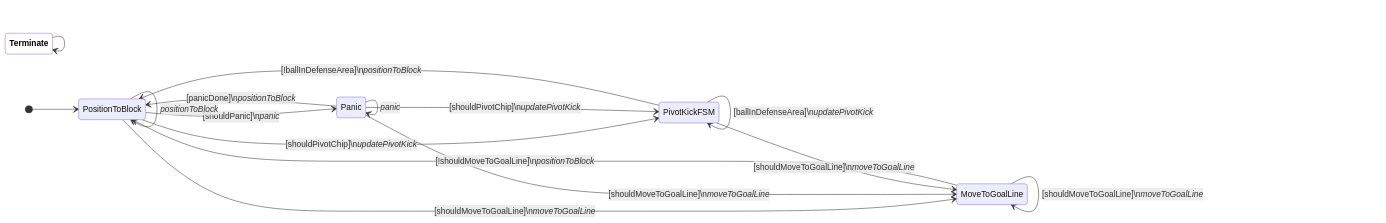
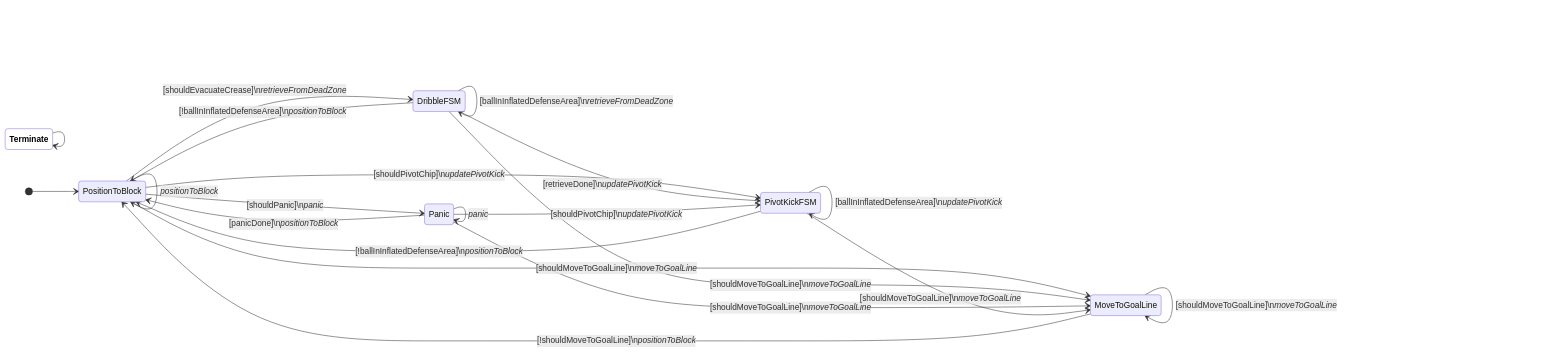
Before and after one commit to UBC-Thunderbots/Software: diagram 14 of 22 in docs/fsm-diagrams.md, drawn with Mermaid. The commit also changed 6 other files, not shown here.

First line of the commit message:
Jeremy/goalie dead zone (#3114)

````diff
--- a/docs/fsm-diagrams.md
+++ b/docs/fsm-diagrams.md
@@ -229,22 +229,27 @@
 ```mermaid
 
 stateDiagram-v2
 classDef terminate fill:white,color:black,font-weight:bold
 direction LR
 [*] --> PositionToBlock
 PositionToBlock --> MoveToGoalLine : [shouldMoveToGoalLine]\n<i>moveToGoalLine</i>
+PositionToBlock --> DribbleFSM : [shouldEvacuateCrease]\n<i>retrieveFromDeadZone</i>
 PositionToBlock --> Panic : [shouldPanic]\n<i>panic</i>
 PositionToBlock --> PivotKickFSM : [shouldPivotChip]\n<i>updatePivotKick</i>
 PositionToBlock --> PositionToBlock : <i>positionToBlock</i>
+DribbleFSM --> PivotKickFSM : [retrieveDone]\n<i>updatePivotKick</i>
+DribbleFSM --> MoveToGoalLine : [shouldMoveToGoalLine]\n<i>moveToGoalLine</i>
+DribbleFSM --> DribbleFSM : [ballInInflatedDefenseArea]\n<i>retrieveFromDeadZone</i>
+DribbleFSM --> PositionToBlock : [!ballInInflatedDefenseArea]\n<i>positionToBlock</i>
 Panic --> MoveToGoalLine : [shouldMoveToGoalLine]\n<i>moveToGoalLine</i>
 Panic --> PivotKickFSM : [shouldPivotChip]\n<i>updatePivotKick</i>
 Panic --> PositionToBlock : [panicDone]\n<i>positionToBlock</i>
 Panic --> Panic : <i>panic</i>
 PivotKickFSM --> MoveToGoalLine : [shouldMoveToGoalLine]\n<i>moveToGoalLine</i>
-PivotKickFSM --> PivotKickFSM : [ballInDefenseArea]\n<i>updatePivotKick</i>
-PivotKickFSM --> PositionToBlock : [!ballInDefenseArea]\n<i>positionToBlock</i>
+PivotKickFSM --> PivotKickFSM : [ballInInflatedDefenseArea]\n<i>updatePivotKick</i>
+PivotKickFSM --> PositionToBlock : [!ballInInflatedDefenseArea]\n<i>positionToBlock</i>
 MoveToGoalLine --> MoveToGoalLine : [shouldMoveToGoalLine]\n<i>moveToGoalLine</i>
 MoveToGoalLine --> PositionToBlock : [!shouldMoveToGoalLine]\n<i>positionToBlock</i>
 Terminate:::terminate --> Terminate:::terminate
 
 ```
````
